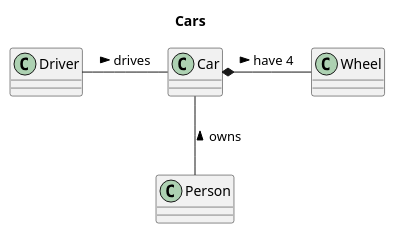
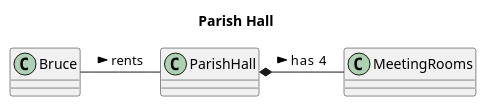
One commit to tomgagnier/wtf changed the third of 3 diagrams in plant-uml/README.md. Above: the diagram before and after it, drawn with PlantUML. The commit also changed other lines of this file, not shown here.

```diff
--- a/plant-uml/README.md
+++ b/plant-uml/README.md
@@ -1,11 +54,6 @@
-@startuml
-
-title Cars
-
-class Car
-
-Driver - Car : drives >
-Car *- Wheel : have 4 >
-Car -- Person : < owns
-
-@enduml
+    @startuml
+    title Parish Hall
+    class ParishHall
+    Bruce - ParishHall : rents >
+    ParishHall  *- MeetingRooms : has  4 >
+    @enduml
```
